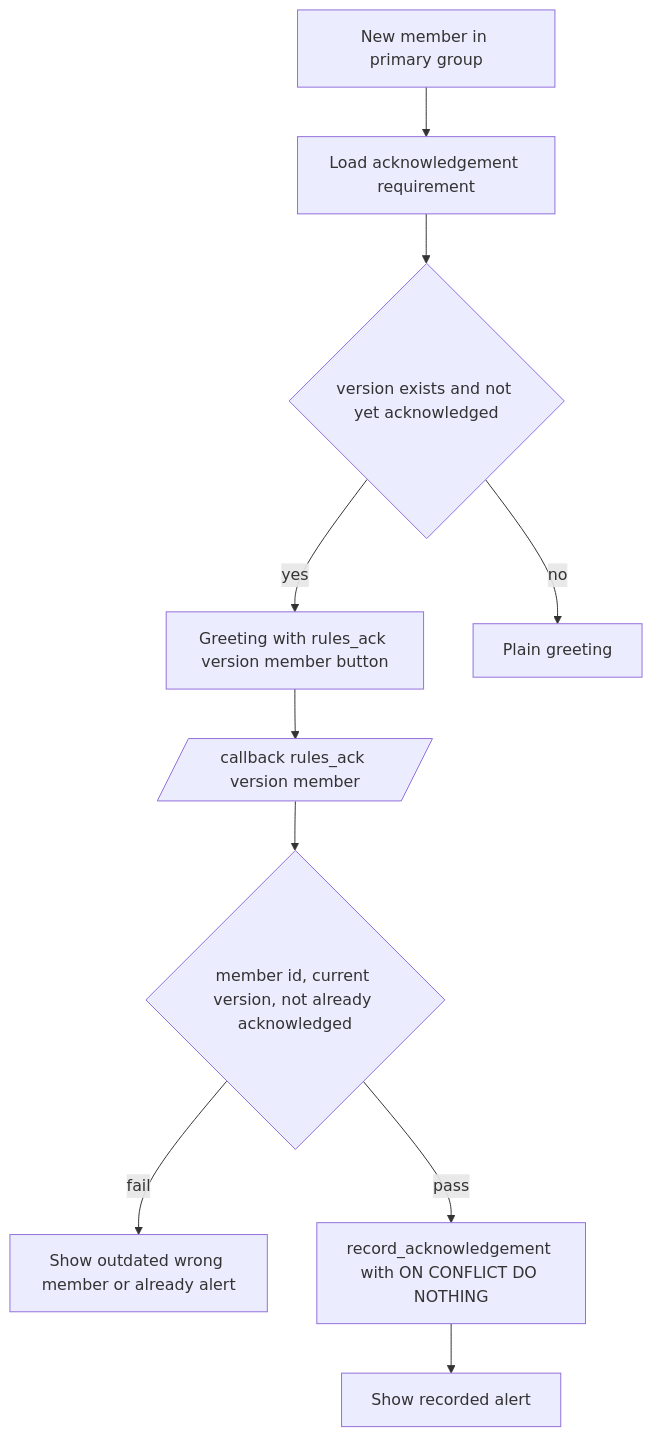
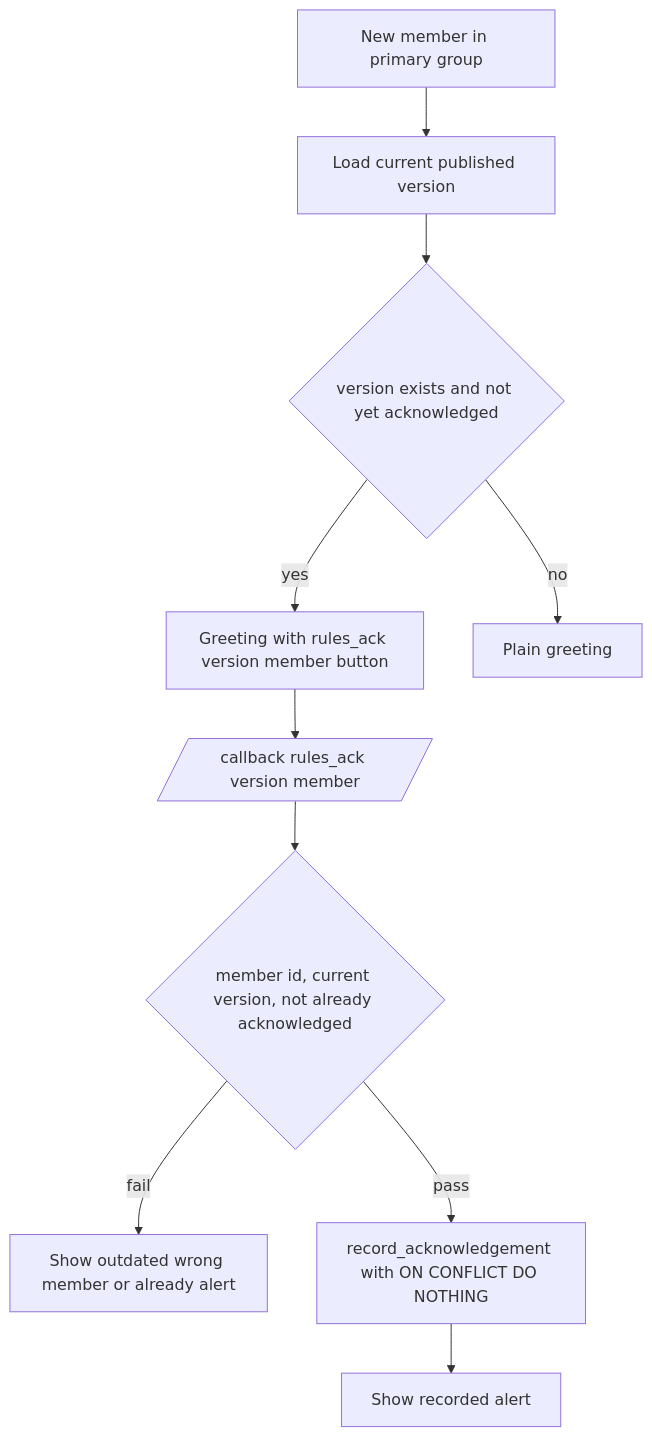
The third of 3 diagrams in docs/flows/rules.md (D1ZZY4/tcbot), drawn with Mermaid before and after one commit. The commit also changed other lines of this file and 14 other files, not shown here.

````diff
--- a/docs/flows/rules.md
+++ b/docs/flows/rules.md
@@ -141,12 +141,12 @@
 ```mermaid
 flowchart TD
-    J[New member in primary group] --> V[Load acknowledgement requirement]
+    J[New member in primary group] --> V[Load current published version]
     V --> Q{version exists and not yet acknowledged}
     Q -->|yes| BTN[Greeting with rules_ack version member button]
     Q -->|no| W[Plain greeting]
     BTN --> TAP[/callback rules_ack version member/]
     TAP --> CHK{member id, current version, not already acknowledged}
     CHK -->|fail| ALERT[Show outdated wrong member or already alert]
     CHK -->|pass| REC[record_acknowledgement with ON CONFLICT DO NOTHING]
     REC --> OK[Show recorded alert]
 ```
````
